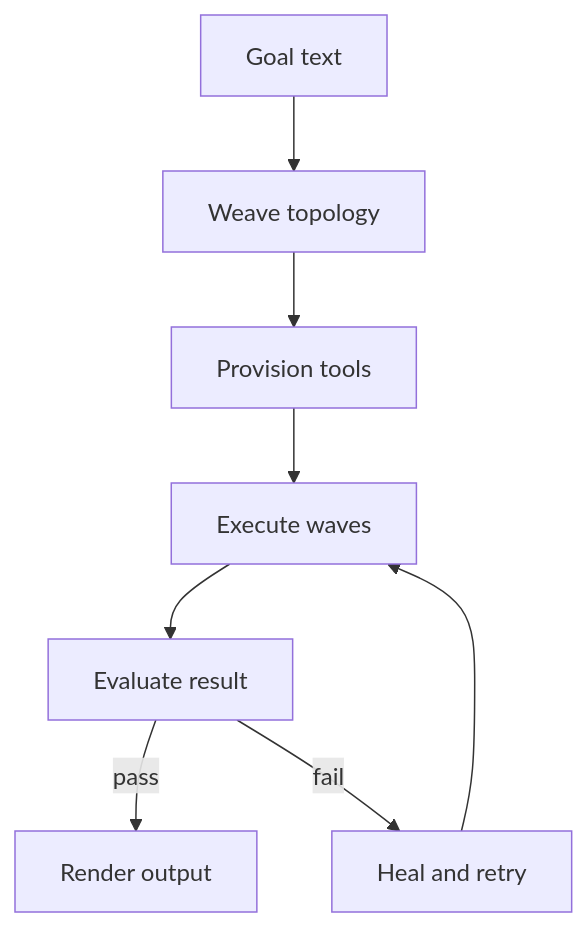
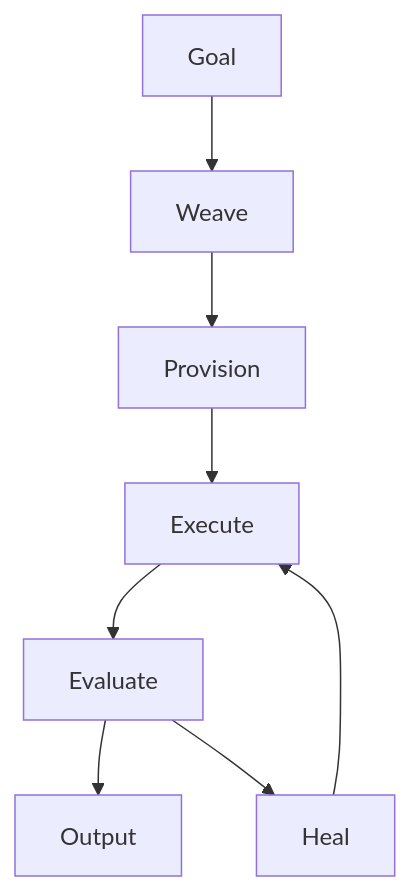
One commit to Strategic-Automation/arachne changed the second of 3 diagrams in docs/reference/cli.md. Above: the diagram before and after it, drawn with Mermaid. The commit also changed other lines of this file and 2 other files, not shown here.

Commit message:
docs: simplify Mermaid diagrams for GitHub rendering

````diff
--- a/docs/reference/cli.md
+++ b/docs/reference/cli.md
@@ -72,10 +75,17 @@
 ```mermaid
-flowchart TD
-    Goal[Goal text] --> Weave[Weave topology]
-    Weave --> Provision[Provision tools]
-    Provision --> Execute[Execute waves]
-    Execute --> Evaluate[Evaluate result]
-    Evaluate -->|pass| Output[Render output]
-    Evaluate -->|fail| Heal[Heal and retry]
-    Heal --> Execute
+graph TD
+    A[Goal]
+    B[Weave]
+    C[Provision]
+    D[Execute]
+    E[Evaluate]
+    F[Output]
+    G[Heal]
+    A --> B
+    B --> C
+    C --> D
+    D --> E
+    E --> F
+    E --> G
+    G --> D
 ```
````
